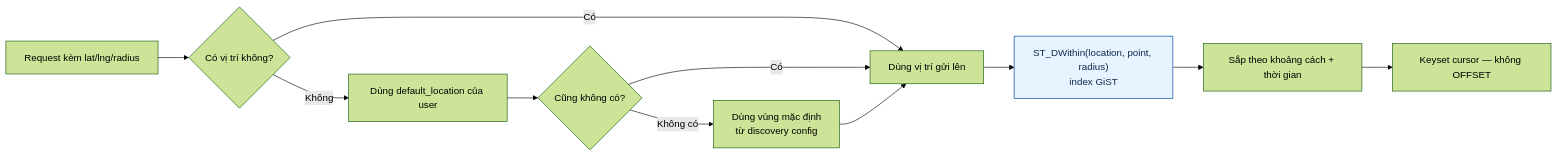
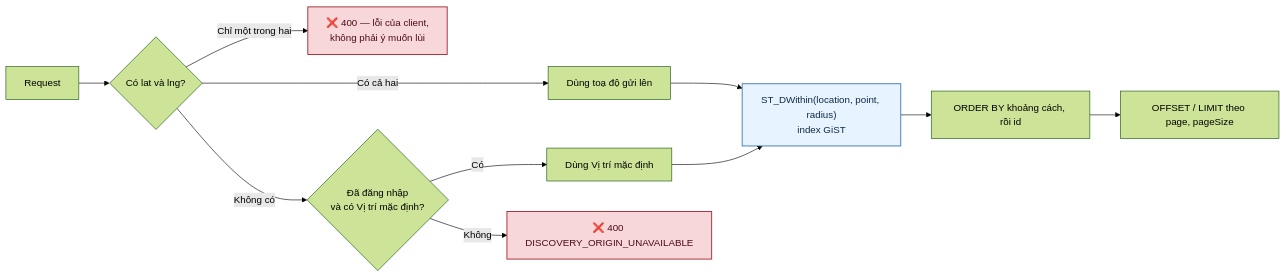
The second of 5 diagrams in docs/diagram/05-feed.md (fdshn/trueheart), drawn with Mermaid (forest theme) before and after one commit. The commit also changed other lines of this file and 11 other files, not shown here.

````diff
--- a/docs/diagram/05-feed.md
+++ b/docs/diagram/05-feed.md
@@ -27,15 +32,17 @@
 ```mermaid
 flowchart LR
-    A[Request kèm lat/lng/radius] --> B{Có vị trí không?}
-    B -->|Không| C[Dùng default_location của user]
-    C --> D{Cũng không có?}
-    D -->|Không có| E[Dùng vùng mặc định<br/>từ discovery config]
-    B -->|Có| F[Dùng vị trí gửi lên]
-    D -->|Có| F
-    E --> F
+    A[Request] --> B{Có lat và lng?}
+    B -->|Có cả hai| F[Dùng toạ độ gửi lên]
+    B -->|Chỉ một trong hai| X["❌ 400 — lỗi của client,<br/>không phải ý muốn lùi"]
+    B -->|Không có| C{Đã đăng nhập<br/>và có Vị trí mặc định?}
+    C -->|Có| D[Dùng Vị trí mặc định]
+    C -->|Không| Y["❌ 400 DISCOVERY_ORIGIN_UNAVAILABLE"]
     F --> G["ST_DWithin(location, point, radius)<br/>index GiST"]
-    G --> H[Sắp theo khoảng cách + thời gian]
-    H --> I[Keyset cursor — không OFFSET]
+    D --> G
+    G --> H["ORDER BY khoảng cách, rồi id"]
+    H --> I["OFFSET / LIMIT theo page, pageSize"]
 
     style G fill:#e7f3ff,stroke:#3d7ab8,stroke-width:1.5px,color:#0d2a4a
+    style X fill:#f8d7da,stroke:#a52834,stroke-width:1.5px,color:#4a0d13
+    style Y fill:#f8d7da,stroke:#a52834,stroke-width:1.5px,color:#4a0d13
 ```
````
